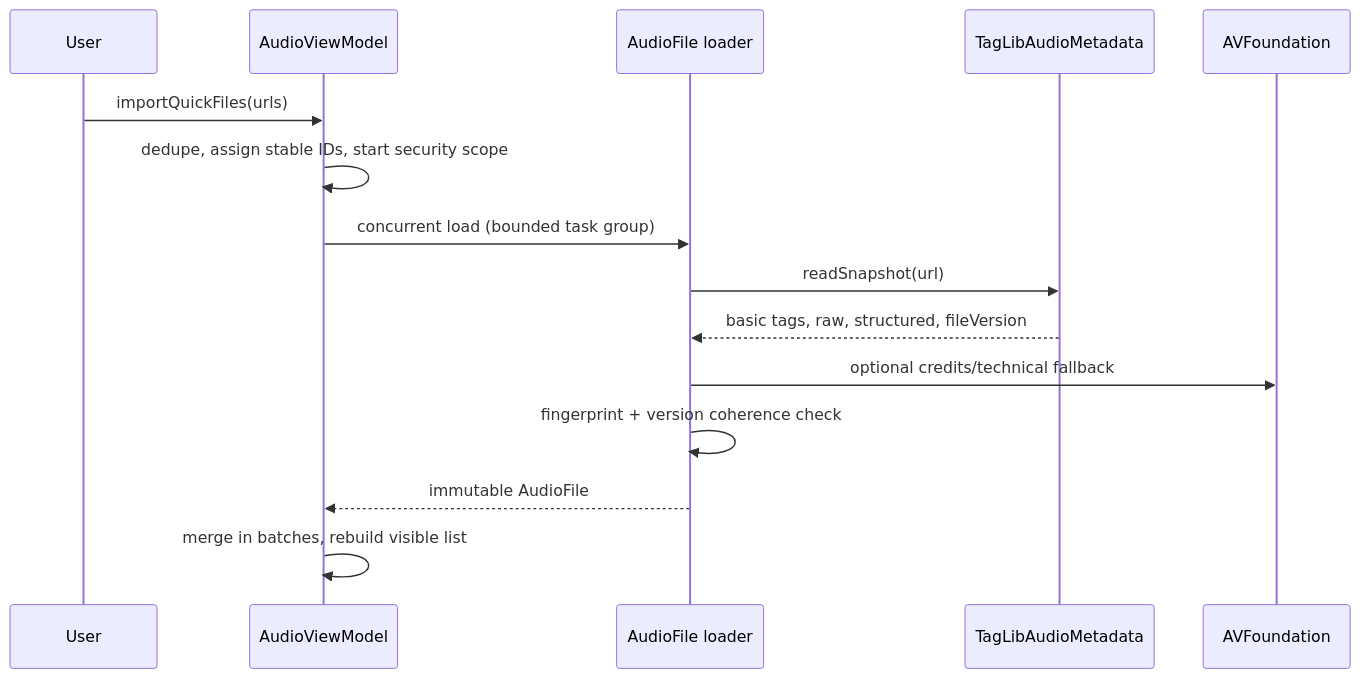
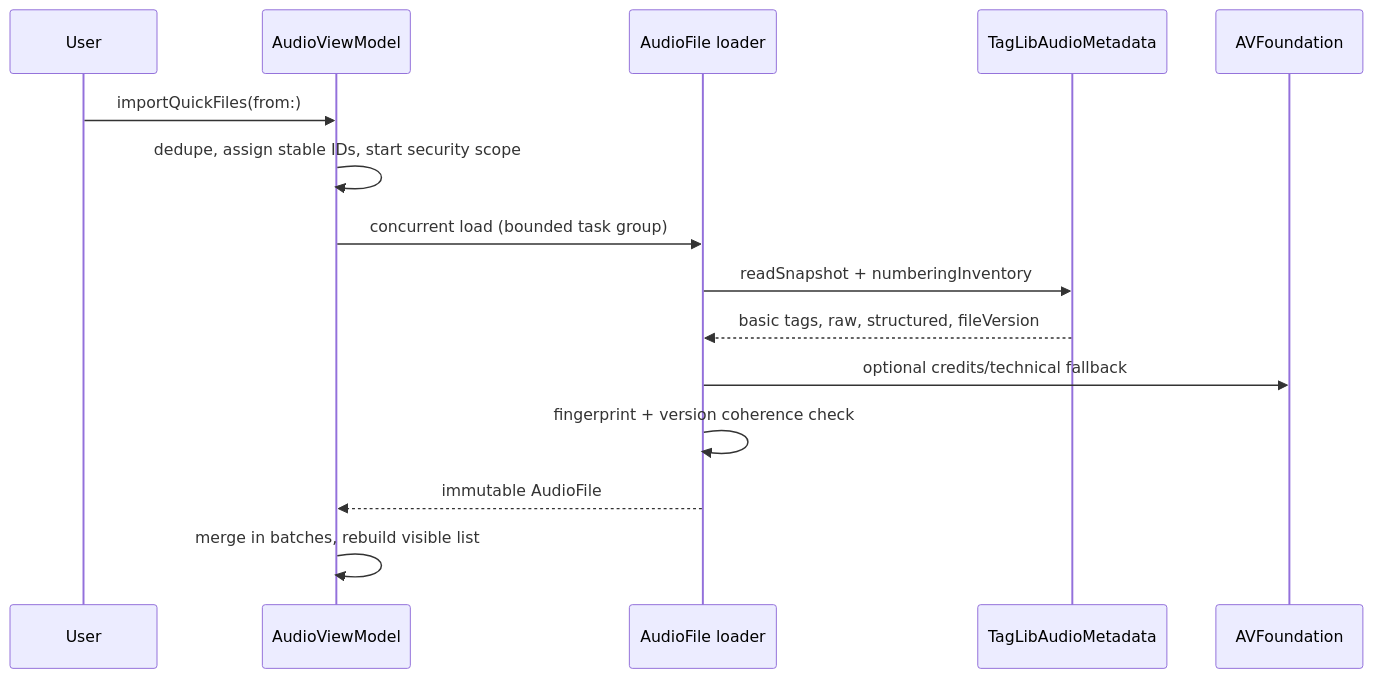
One commit to ChrisLloydME/AudioMator changed the third of 4 diagrams in Docs/Architecture/OVERVIEW.md. Above: the diagram before and after it, drawn with Mermaid. The commit also changed other lines of this file and 34 other files, not shown here.

````diff
--- a/Docs/Architecture/OVERVIEW.md
+++ b/Docs/Architecture/OVERVIEW.md
@@ -123,18 +127,18 @@
 ```mermaid
 sequenceDiagram
     participant User
     participant VM as AudioViewModel
     participant Loader as AudioFile loader
     participant Pkg as TagLibAudioMetadata
     participant AV as AVFoundation
 
-    User->>VM: importQuickFiles(urls)
+    User->>VM: importQuickFiles(from:)
     VM->>VM: dedupe, assign stable IDs, start security scope
     VM->>Loader: concurrent load (bounded task group)
-    Loader->>Pkg: readSnapshot(url)
+    Loader->>Pkg: readSnapshot + numberingInventory
     Pkg-->>Loader: basic tags, raw, structured, fileVersion
     Loader->>AV: optional credits/technical fallback
     Loader->>Loader: fingerprint + version coherence check
     Loader-->>VM: immutable AudioFile
     VM->>VM: merge in batches, rebuild visible list
 ```
````
